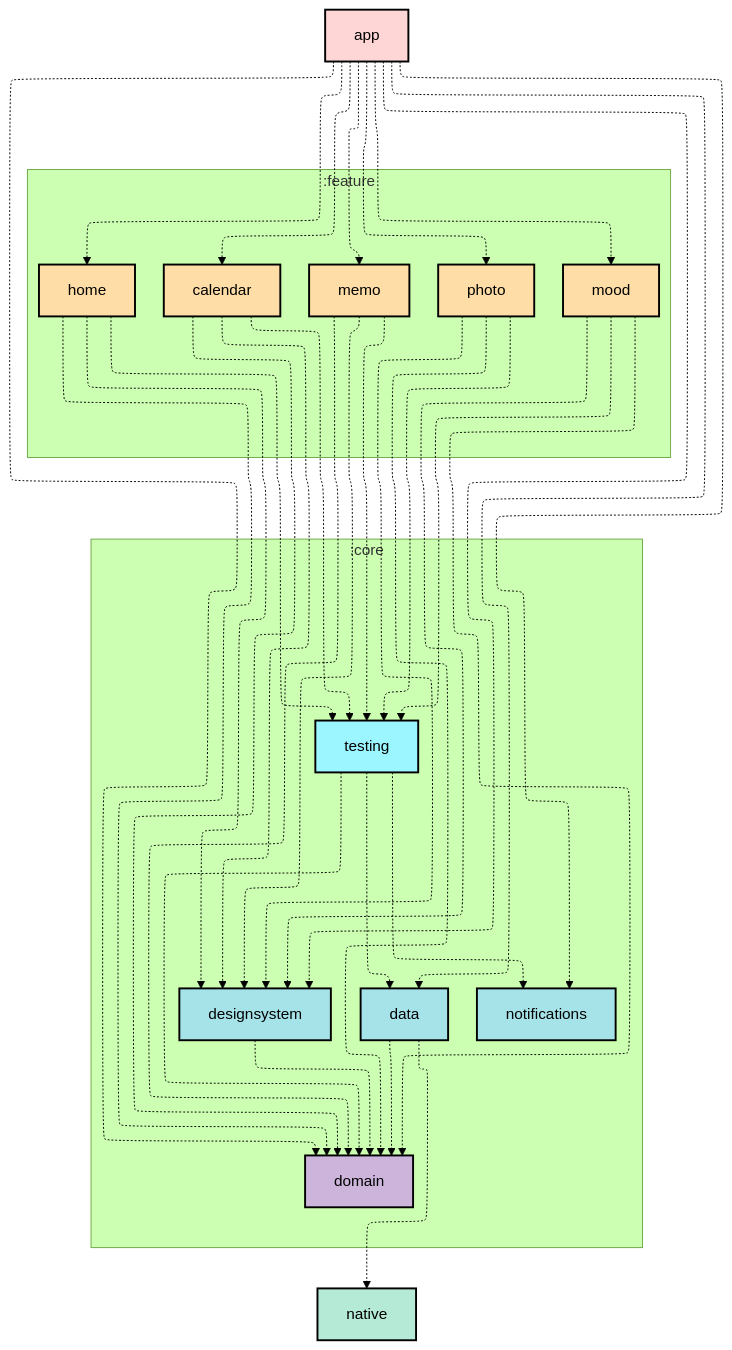
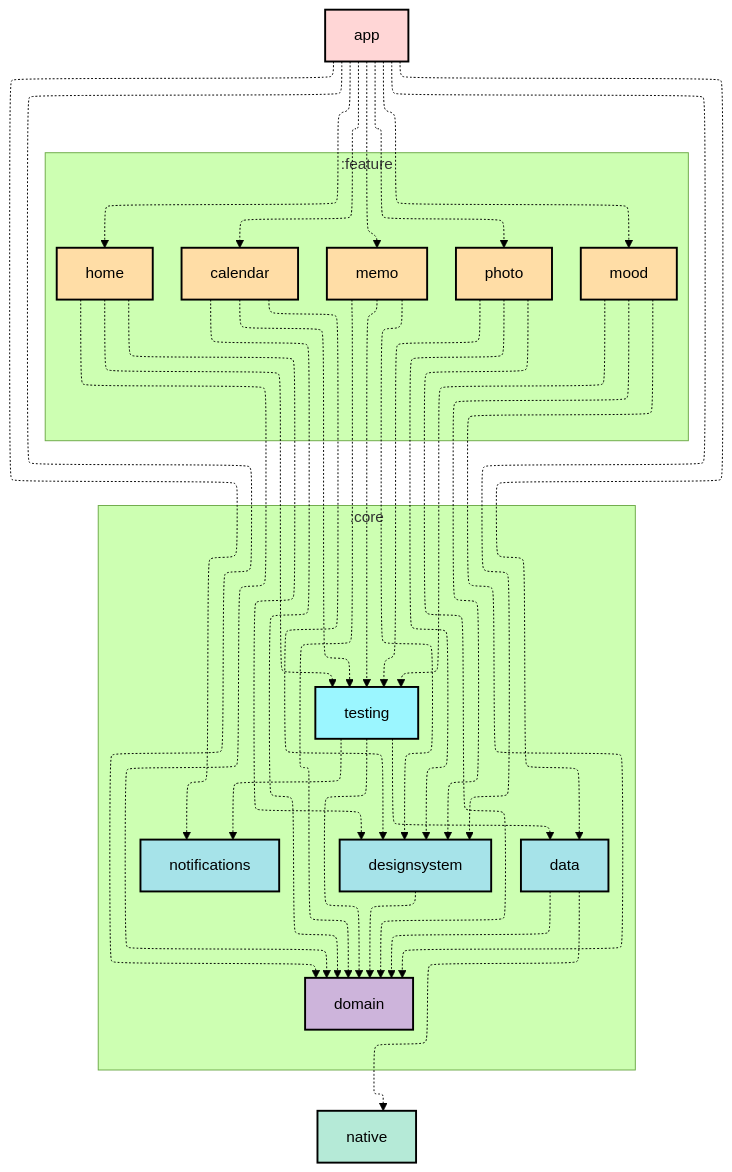
The diagram in README.md (M1n9yu23/LifeLog-Compose-Clean-Architecture), drawn with Mermaid (forest theme) before and after one commit.

Commit message:
docs(readme): 네이티브 모듈 가려지는 것을 해결하기 위해 투명 링크 추가.

````diff
--- a/README.md
+++ b/README.md
@@ -15,65 +15,67 @@
 ```mermaid
 ---
 config:
   layout: elk
   elk:
     nodePlacementStrategy: SIMPLE
 ---
 graph TB
 subgraph :core
 direction TB
 :core:data[data]:::android-core
 :core:designsystem[designsystem]:::android-core
 :core:domain[domain]:::kotlin-library
 :core:notifications[notifications]:::android-core
 :core:testing[testing]:::android-test
 end
 subgraph :feature
 direction TB
 :feature:home[home]:::android-feature
 :feature:calendar[calendar]:::android-feature
 :feature:memo[memo]:::android-feature
 :feature:mood[mood]:::android-feature
 :feature:photo[photo]:::android-feature
 end
 :app[app]:::android-app
 :native[native]:::native-lib
 
 :app -.-> :feature:home
 :app -.-> :feature:calendar
 :app -.-> :feature:memo
 :app -.-> :feature:mood
 :app -.-> :feature:photo
 :app -.-> :core:data
 :app -.-> :core:domain
 :app -.-> :core:designsystem
 :app -.-> :core:notifications
 :core:data -.-> :core:domain
 :core:data -.-> :native
 :core:designsystem -.-> :core:domain
 :core:testing -.-> :core:domain
 :core:testing -.-> :core:data
 :core:testing -.-> :core:notifications
 :feature:home -.-> :core:designsystem
 :feature:home -.-> :core:domain
 :feature:home -.-> :core:testing
 :feature:calendar -.-> :core:designsystem
 :feature:calendar -.-> :core:domain
 :feature:calendar -.-> :core:testing
 :feature:memo -.-> :core:designsystem
 :feature:memo -.-> :core:domain
 :feature:memo -.-> :core:testing
 :feature:mood -.-> :core:designsystem
 :feature:mood -.-> :core:domain
 :feature:mood -.-> :core:testing
 :feature:photo -.-> :core:designsystem
 :feature:photo -.-> :core:domain
 :feature:photo -.-> :core:testing
 
+:core:domain ~~~ :native
+
 classDef android-app fill:#FFD6D6,stroke:#000,stroke-width:2px,color:#000;
 classDef android-feature fill:#FFDDA6,stroke:#000,stroke-width:2px,color:#000;
 classDef android-core fill:#A6E3E9,stroke:#000,stroke-width:2px,color:#000;
 classDef kotlin-library fill:#CDB4DB,stroke:#000,stroke-width:2px,color:#000;
 classDef android-test fill:#9BF6FF,stroke:#000,stroke-width:2px,color:#000;
 classDef native-lib fill:#B5EAD7,stroke:#000,stroke-width:2px,color:#000;
 ```
````
